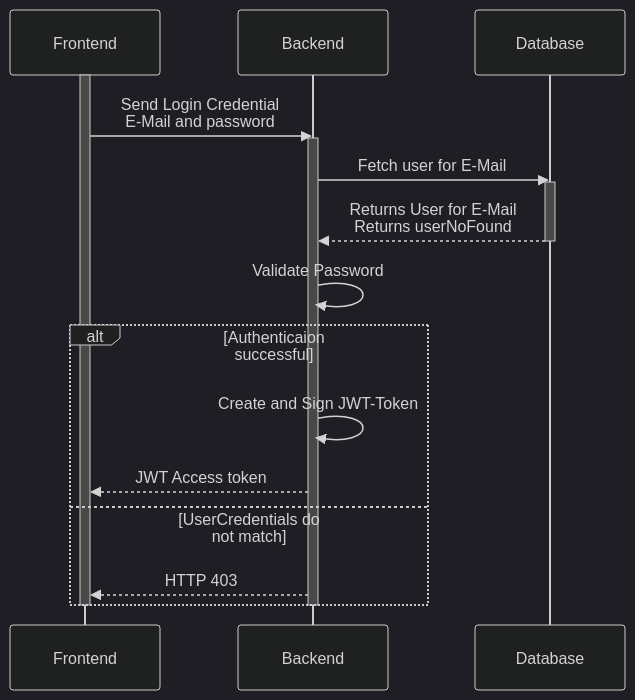
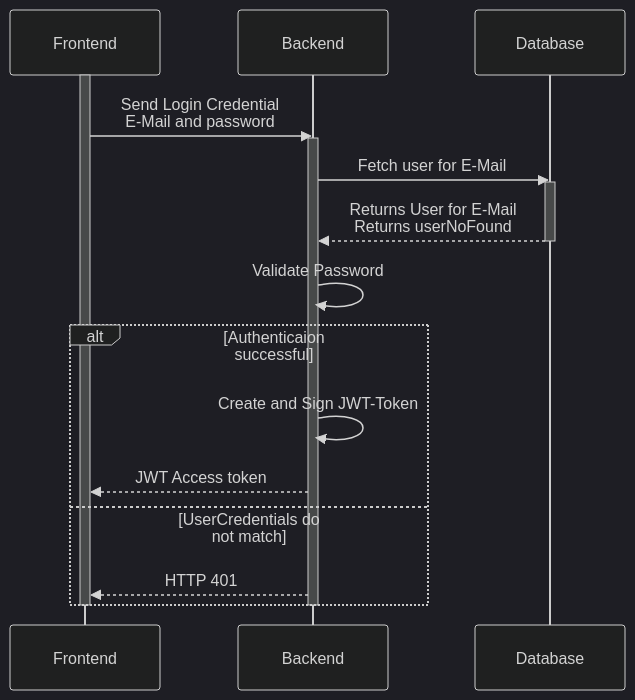
The second of 3 diagrams in doc/architecture/README.md (deepspace1000/V7_Website), drawn with Mermaid (dark theme) before and after one commit. The commit also changed 7 other files, not shown here.

````diff
--- a/doc/architecture/README.md
+++ b/doc/architecture/README.md
@@ -78,23 +78,23 @@
 ```mermaid
 sequenceDiagram
     participant fe as Frontend
     participant be as Backend
     participant db as Database
     
     activate fe
     fe ->>be: Send Login Credential <br> E-Mail and password
     activate be
     be ->> db: Fetch user for E-Mail
     activate db
     db -->> be: Returns User for E-Mail <br> Returns userNoFound
     deactivate db
     be ->> be: Validate Password
     alt Authenticaion successful 
         be ->> be: Create and Sign JWT-Token
         be -->> fe: JWT Access token 
     else UserCredentials do not match
-        be -->> fe: HTTP 403
+        be -->> fe: HTTP 401
     end
     deactivate be
     deactivate fe
 ```
````
